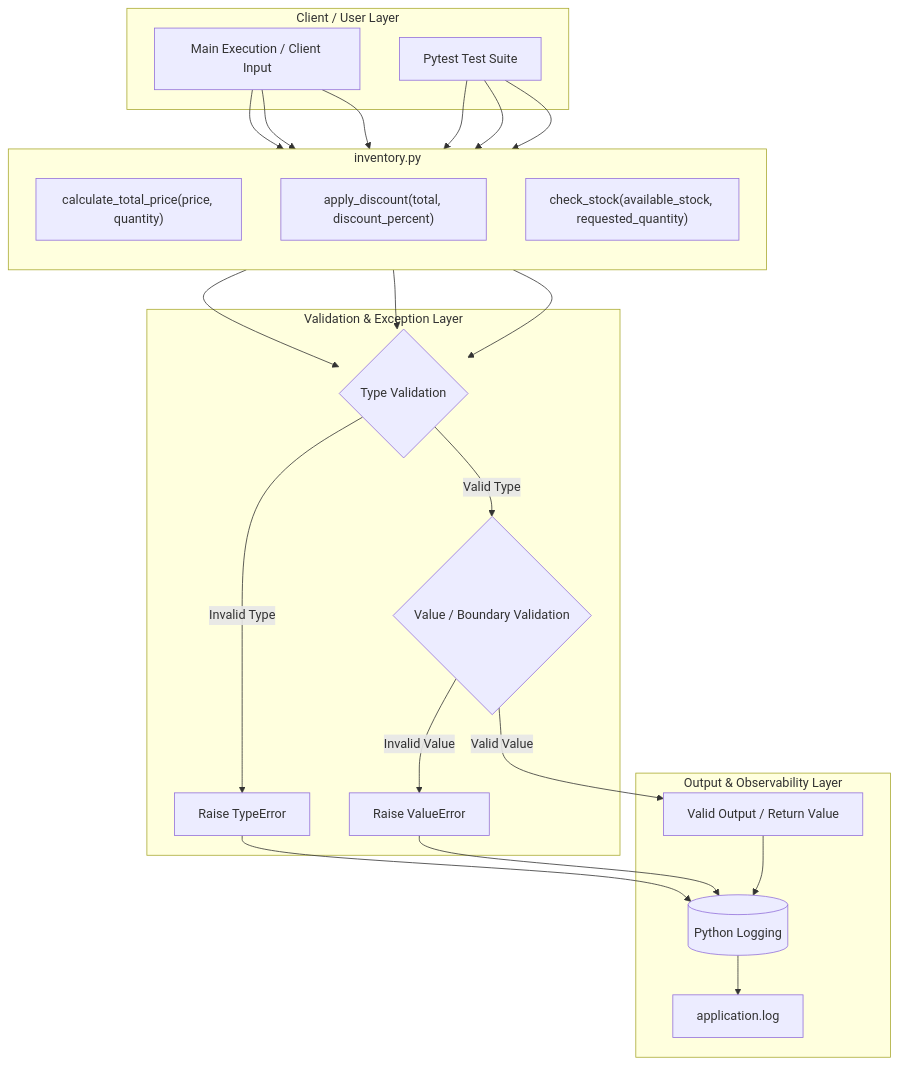
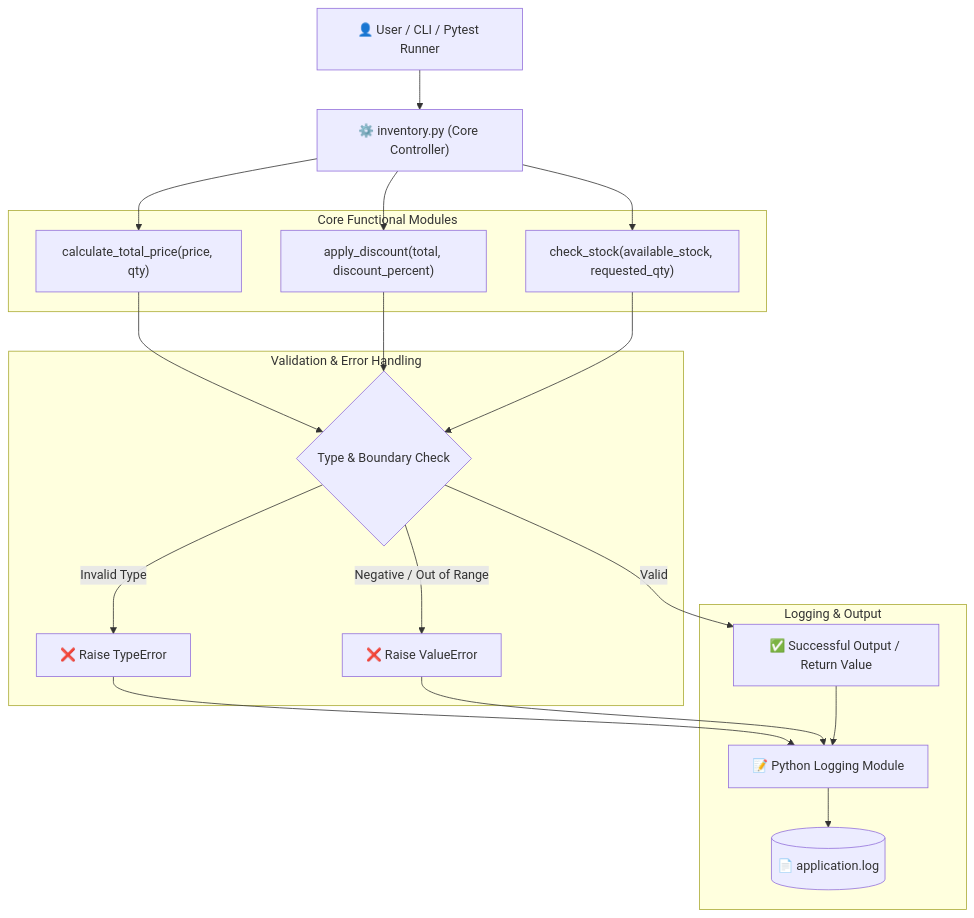
One commit to shivamg-ops/Assignment-10-Product-Inventory-Management-System changed the first of 2 diagrams in README.md. Above: the diagram before and after it, drawn with Mermaid. The commit also changed other lines of this file, not shown here.

Commit message:
Improve diagrams layout and image presentation in README

````diff
--- a/README.md
+++ b/README.md
@@ -10,42 +10,39 @@
 ```mermaid
-flowchart TD
-    subgraph Client / User Layer
-        CLI[Main Execution / Client Input]
-        Tests[Pytest Test Suite]
+graph TD
+    A["👤 User / CLI / Pytest Runner"] --> B["⚙️ inventory.py (Core Controller)"]
+
+    subgraph Operations ["Core Functional Modules"]
+        C1["calculate_total_price(price, qty)"]
+        C2["apply_discount(total, discount_percent)"]
+        C3["check_stock(available_stock, requested_qty)"]
     end
 
-    subgraph Business Logic Layer [inventory.py]
-        direction TB
-        CalcTotal["calculate_total_price(price, quantity)"]
-        ApplyDisc["apply_discount(total, discount_percent)"]
-        StockCheck["check_stock(available_stock, requested_quantity)"]
+    B --> C1
+    B --> C2
+    B --> C3
+
+    subgraph Validation ["Validation & Error Handling"]
+        V1{"Type & Boundary Check"}
+        E1["❌ Raise TypeError"]
+        E2["❌ Raise ValueError"]
     end
 
-    subgraph Validation & Exception Layer
-        TypeCheck{Type Validation}
-        RangeCheck{Value / Boundary Validation}
-        TypeErr[Raise TypeError]
-        ValErr[Raise ValueError]
+    C1 --> V1
+    C2 --> V1
+    C3 --> V1
+
+    V1 -- "Invalid Type" --> E1
+    V1 -- "Negative / Out of Range" --> E2
+
+    subgraph Logging_System ["Logging & Output"]
+        L["📝 Python Logging Module"]
+        F[("📄 application.log")]
+        R["✅ Successful Output / Return Value"]
     end
 
-    subgraph Output & Observability Layer
-        LogModule[(Python Logging)]
-        AppLog[application.log]
-        Result[Valid Output / Return Value]
-    end
-
-    CLI --> CalcTotal & ApplyDisc & StockCheck
-    Tests --> CalcTotal & ApplyDisc & StockCheck
-
-    CalcTotal --> TypeCheck
-    ApplyDisc --> TypeCheck
-    StockCheck --> TypeCheck
-
-    TypeCheck -- Invalid Type --> TypeErr --> LogModule
-    TypeCheck -- Valid Type --> RangeCheck
-
-    RangeCheck -- Invalid Value --> ValErr --> LogModule
-    RangeCheck -- Valid Value --> Result --> LogModule
-
-    LogModule --> AppLog
+    V1 -- "Valid" --> R
+    E1 --> L
+    E2 --> L
+    R --> L
+    L --> F
 ```
````
